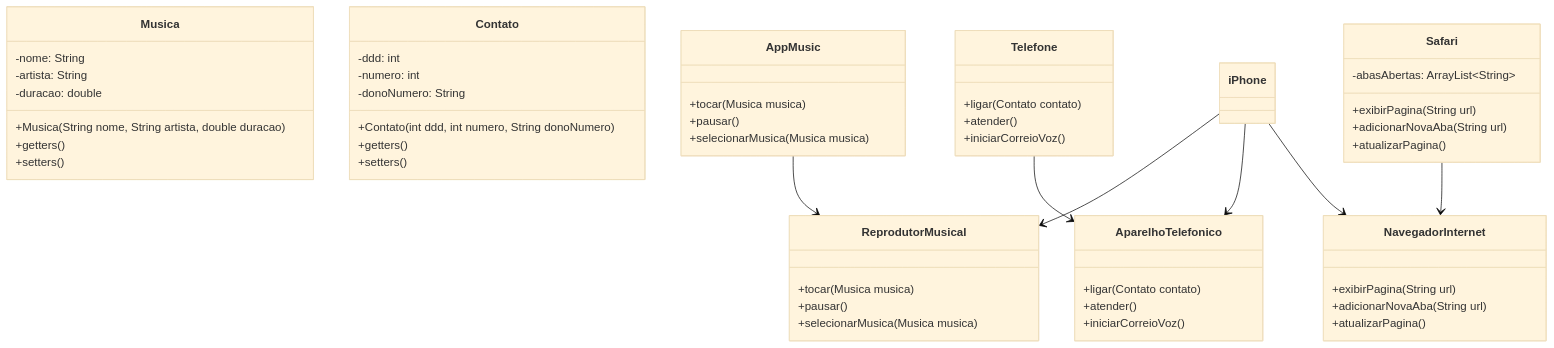
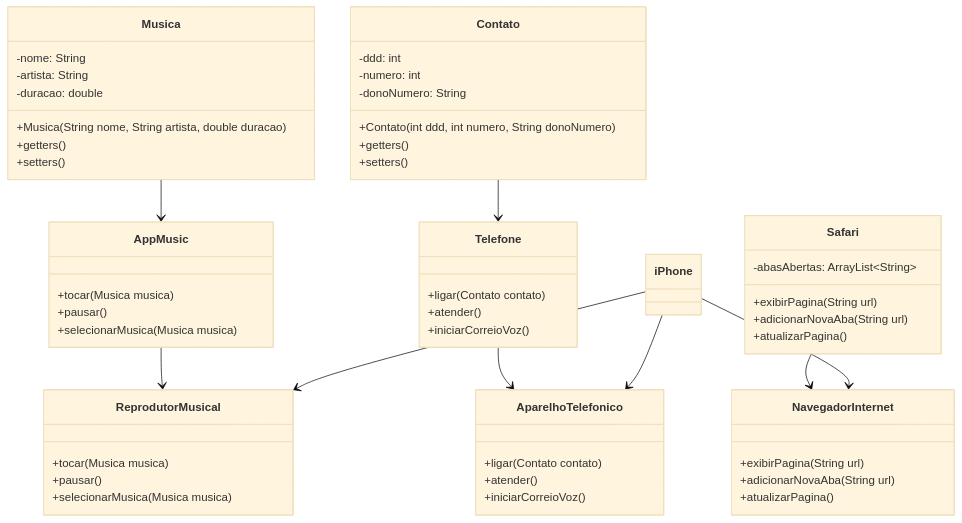
The diagram in README.md (SantFabio/modelagem-e-diagramacao-UML-do-componente-iPhone), drawn with Mermaid (base theme) before and after one commit.

Commit message:
Atualizando readme

````diff
--- a/README.md
+++ b/README.md
@@ -2,67 +2,68 @@
 ```mermaid
 classDiagram
-class Musica {
--nome: String
--artista: String
--duracao: double
-+Musica(String nome, String artista, double duracao)
-+getters()
-+setters()
-}
+    class Musica {
+    -nome: String
+    -artista: String
+    -duracao: double
+    +Musica(String nome, String artista, double duracao)
+    +getters()
+    +setters()
+    }
 
     class Contato {
         -ddd: int
         -numero: int
         -donoNumero: String
         +Contato(int ddd, int numero, String donoNumero)
         +getters()
         +setters()
     }
 
     class AppMusic {
         +tocar(Musica musica)
         +pausar()
         +selecionarMusica(Musica musica)
     }
 
     class Telefone {
         +ligar(Contato contato)
         +atender()
         +iniciarCorreioVoz()
     }
 
     class Safari {
         -abasAbertas: ArrayList~String~
         +exibirPagina(String url)
         +adicionarNovaAba(String url)
         +atualizarPagina()
     }
 
     class ReprodutorMusical {
         +tocar(Musica musica)
         +pausar()
         +selecionarMusica(Musica musica)
     }
 
     class AparelhoTelefonico {
         +ligar(Contato contato)
         +atender()
         +iniciarCorreioVoz()
     }
 
     class NavegadorInternet {
         +exibirPagina(String url)
         +adicionarNovaAba(String url)
         +atualizarPagina()
     }
 
     class iPhone {
     }
-
+    Musica --> AppMusic
     AppMusic --> ReprodutorMusical
+    Contato --> Telefone
     Telefone --> AparelhoTelefonico
     Safari --> NavegadorInternet
     iPhone --> ReprodutorMusical
     iPhone --> AparelhoTelefonico
     iPhone --> NavegadorInternet
 ```
````
